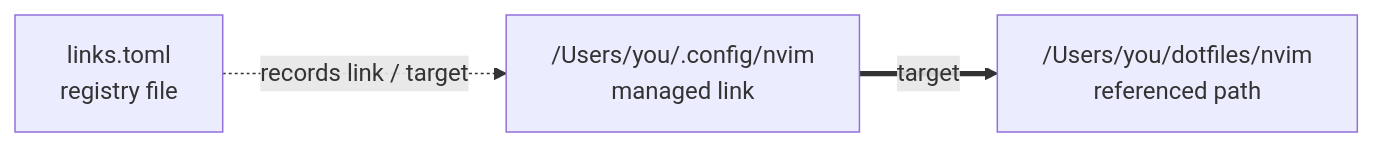
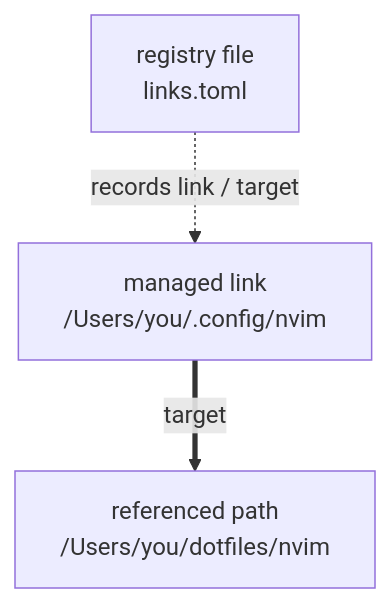
The diagram in README.md (kkensuke/slink), drawn with Mermaid before and after one commit.

Commit message:
Make the quick-start diagram easier to scan

````diff
--- a/README.md
+++ b/README.md
@@ -31,5 +31,9 @@
 ```mermaid
-flowchart LR
-    L["/Users/you/.config/nvim\nmanaged link"] == "target" ==> T["/Users/you/dotfiles/nvim\nreferenced path"]
-    R["links.toml\nregistry file"] -. "records link / target" .-> L
+flowchart TB
+    R["registry file<br/>links.toml"]
+    L["managed link<br/>/Users/you/.config/nvim"]
+    T["referenced path<br/>/Users/you/dotfiles/nvim"]
+
+    R -. "records link / target" .-> L
+    L == "target" ==> T
 ```
````
